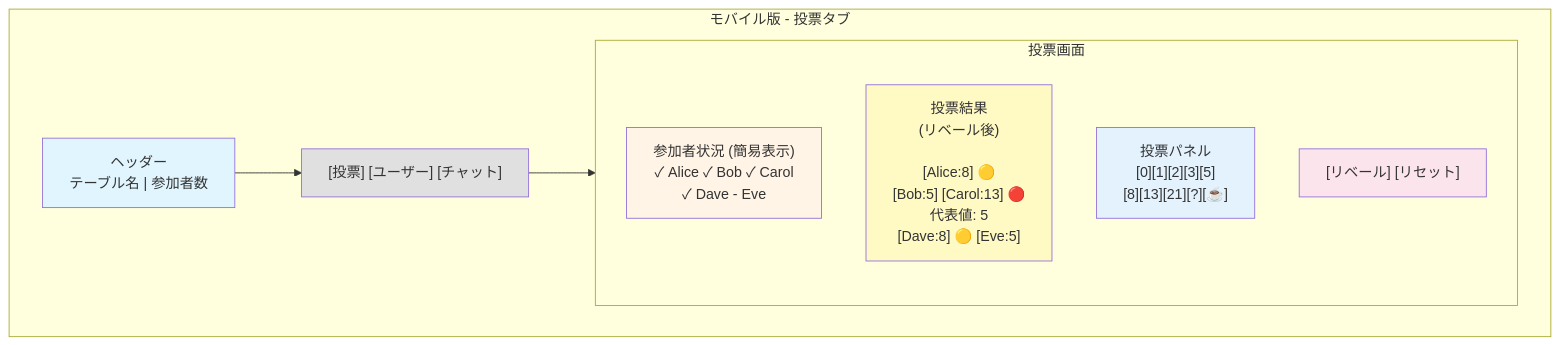
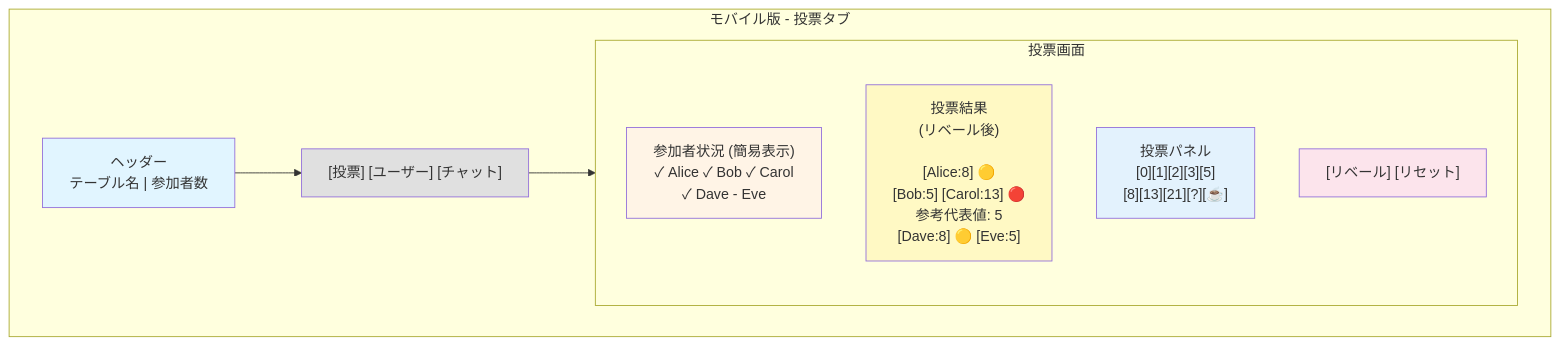
One commit to raysihto-playground-25/pp-tables-etude changed the second of 4 diagrams in docs/drafts/specifications_rev1.draft.md. Above: the diagram before and after it, drawn with Mermaid. The commit also changed other lines of this file, not shown here.

````diff
--- a/docs/drafts/specifications_rev1.draft.md
+++ b/docs/drafts/specifications_rev1.draft.md
@@ -708,24 +718,24 @@
 ```mermaid
 graph TB
     subgraph MobileVoting["モバイル版 - 投票タブ"]
         MHeader1["ヘッダー<br/>テーブル名 | 参加者数"]
         Tabs1["[投票] [ユーザー] [チャット]"]
         
         subgraph VotingTab["投票画面"]
             MUserListCompact["参加者状況 (簡易表示)<br/>✓ Alice  ✓ Bob  ✓ Carol<br/>✓ Dave  - Eve"]
-            MVotingArea["投票結果<br/> (リベール後)<br/><br/>[Alice:8] 🟡<br/>[Bob:5] [Carol:13] 🔴<br/>代表値: 5<br/>[Dave:8] 🟡 [Eve:5]"]
+            MVotingArea["投票結果<br/> (リベール後)<br/><br/>[Alice:8] 🟡<br/>[Bob:5] [Carol:13] 🔴<br/>参考代表値: 5<br/>[Dave:8] 🟡 [Eve:5]"]
             MVotingPanel["投票パネル<br/>[0][1][2][3][5]<br/>[8][13][21][?][☕]"]
             MControls1["[リベール] [リセット]"]
         end
     end
     
     MHeader1 --> Tabs1
     Tabs1 --> VotingTab
     
     style MHeader1 fill:#e1f5ff
     style Tabs1 fill:#e0e0e0
     style MUserListCompact fill:#fff4e6
     style MVotingArea fill:#fff9c4
     style MVotingPanel fill:#e3f2fd
     style MControls1 fill:#fce4ec
 ```
````
